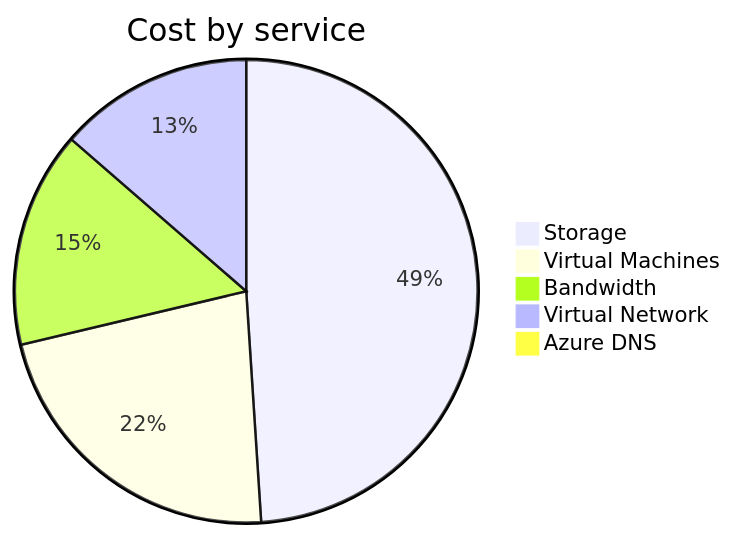
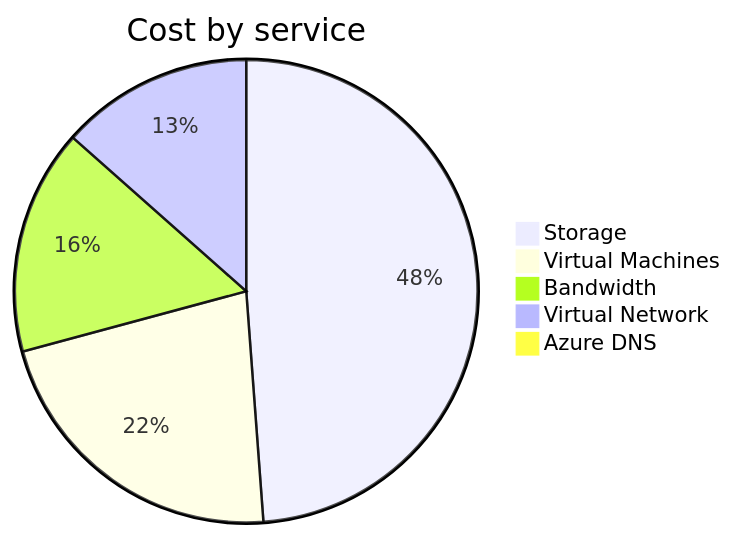
One commit to jpfulton/azure-personal-reports changed the second of 4 diagrams in cost-reports/personal-network/README.md. Above: the diagram before and after it, drawn with Mermaid. The commit also changed other lines of this file and 8 other files, not shown here.

````diff
--- a/cost-reports/personal-network/README.md
+++ b/cost-reports/personal-network/README.md
@@ -97,9 +97,9 @@
 ```mermaid
 pie
    title Cost by service
-   "Storage" : 4.28
-   "Virtual Machines" : 1.95
-   "Bandwidth" : 1.32
-   "Virtual Network" : 1.19
-   "Azure DNS" : 0.08
+   "Storage" : 5.15
+   "Virtual Machines" : 2.32
+   "Bandwidth" : 1.66
+   "Virtual Network" : 1.42
+   "Azure DNS" : 0.10
 ```
````
